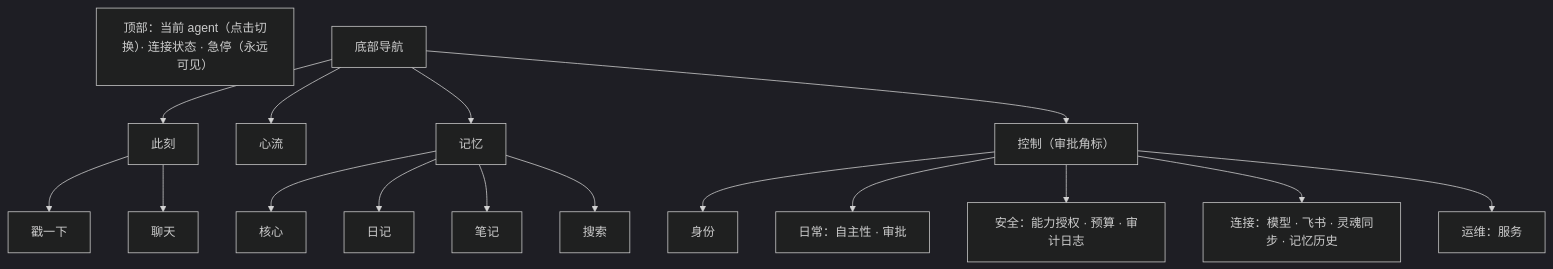
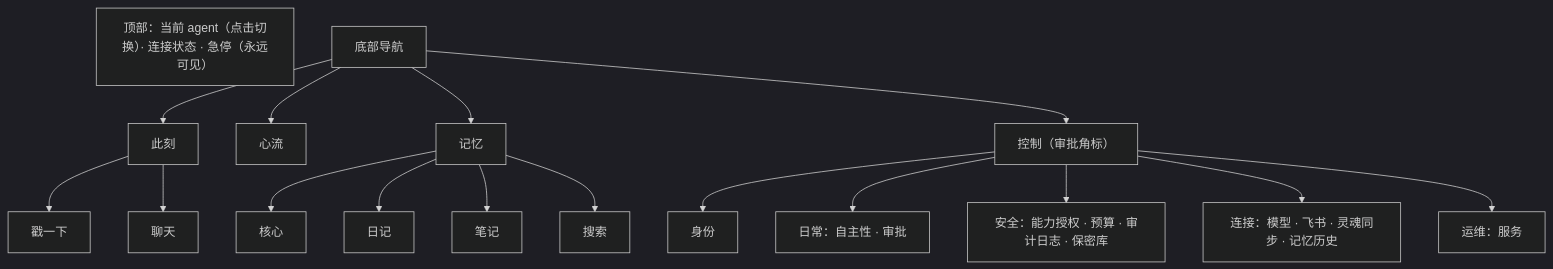
The second of 2 diagrams in console/docs/ARCHITECTURE.md (Causally-XYZ/Project.Quetzal), drawn with Mermaid (dark theme) before and after one commit. The commit also changed other lines of this file and 2 other files, not shown here.

Commit message:
console：对话页支持保密输入（提示条、遮挡输入、完成 / 重填 / 取消）；控制页新增「保密库」

````diff
--- a/console/docs/ARCHITECTURE.md
+++ b/console/docs/ARCHITECTURE.md
@@ -46,12 +46,12 @@
 ```mermaid
 flowchart TB
   TOP["顶部：当前 agent（点击切换）· 连接状态 · 急停（永远可见）"]
   NAV["底部导航"] --> A[此刻] & B[心流] & C[记忆] & D["控制（审批角标）"]
   A --> A1[戳一下] & A2[聊天]
   C --> C1[核心] & C2[日记] & C3[笔记] & C4[搜索]
   D --> D0["身份"]
   D --> D1["日常：自主性 · 审批"]
-  D --> D2["安全：能力授权 · 预算 · 审计日志"]
+  D --> D2["安全：能力授权 · 预算 · 审计日志 · 保密库"]
   D --> D3["连接：模型 · 飞书 · 灵魂同步 · 记忆历史"]
   D --> D4["运维：服务"]
 ```
````
